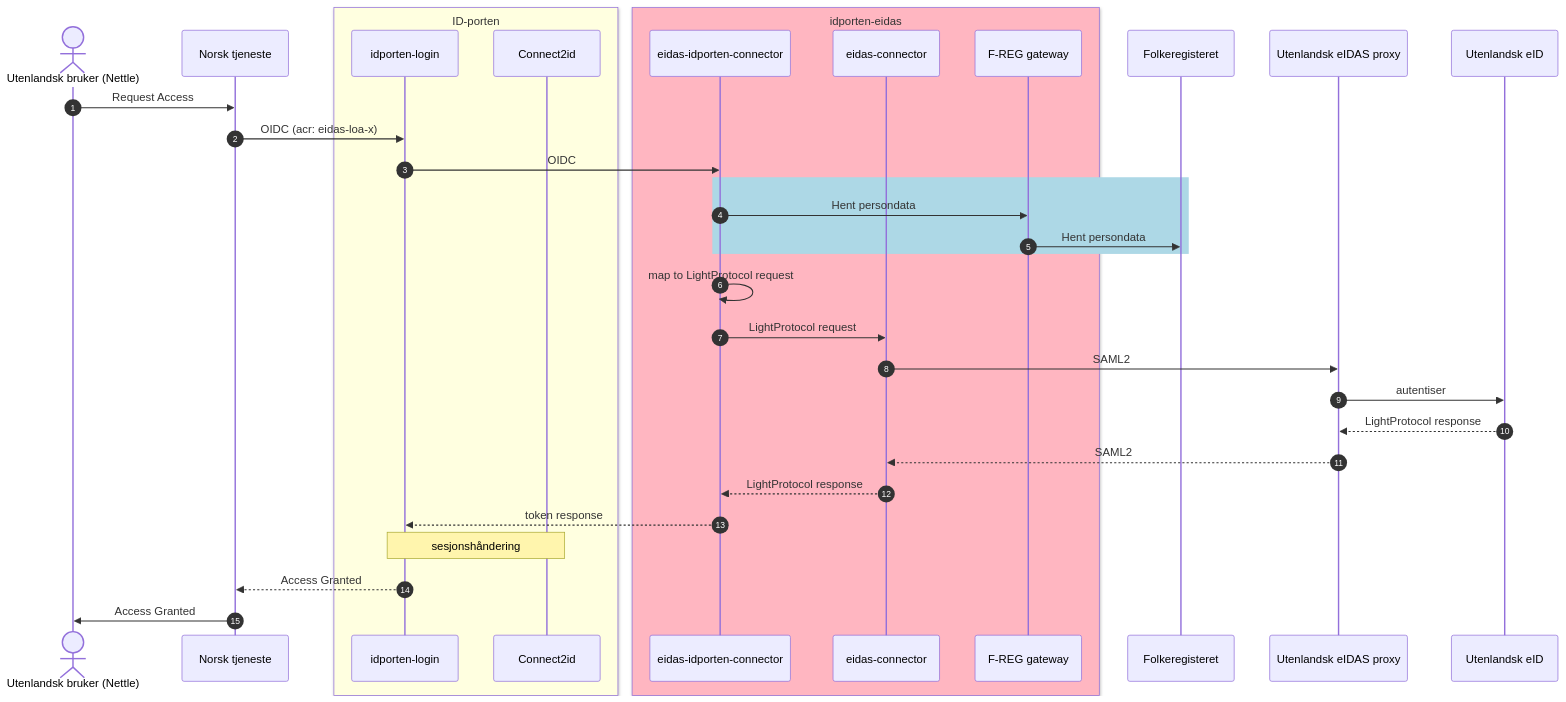
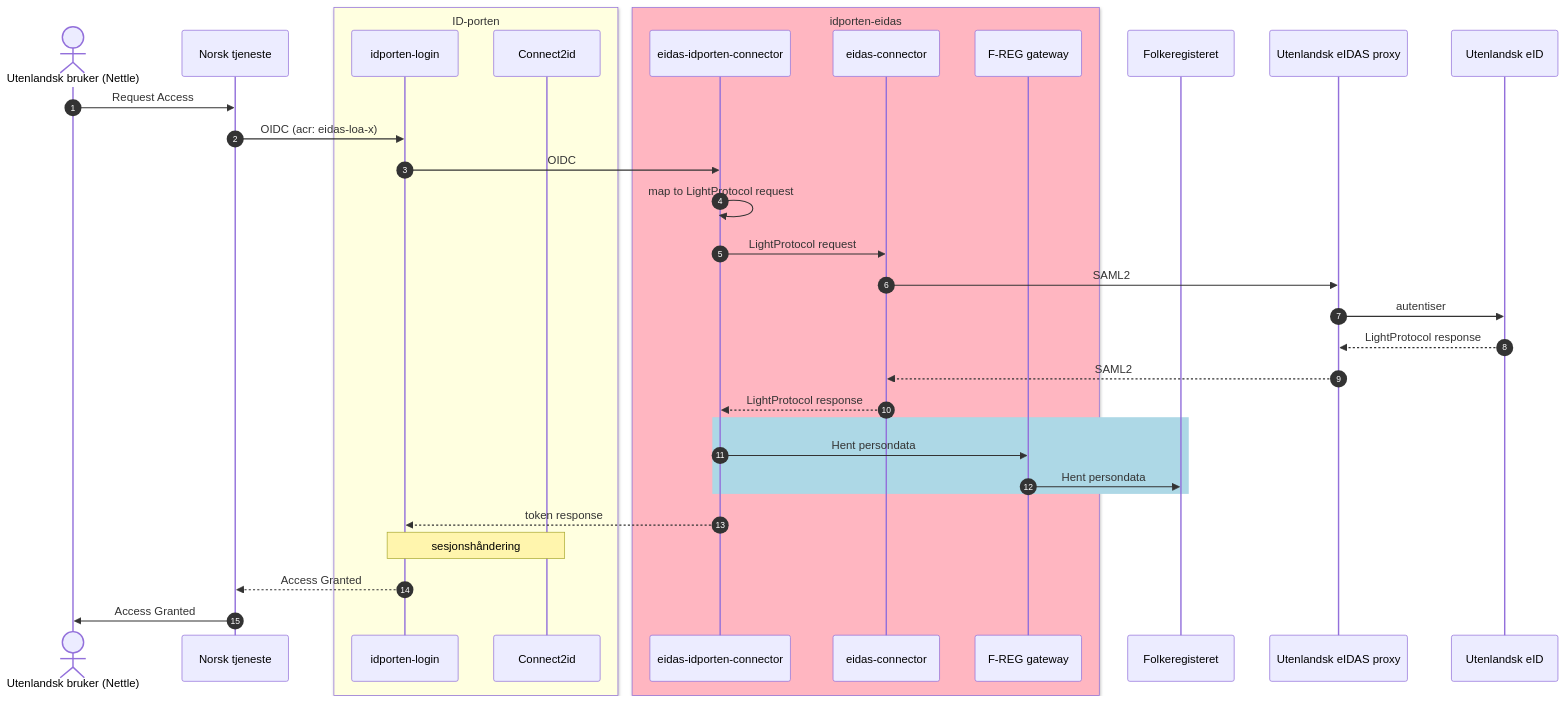
The second of 2 diagrams in README.md (felleslosninger/eidas-demo-countries), drawn with Mermaid before and after one commit.

Commit message:
fikse flytdiagram

````diff
--- a/README.md
+++ b/README.md
@@ -77,38 +77,38 @@
 ```mermaid  
 sequenceDiagram
 autonumber
     actor User as Utenlandsk bruker (Nettle)
     participant SP as Norsk tjeneste
     box lightyellow ID-porten
     participant IL as idporten-login
     participant C2ID as Connect2id
     end
     box lightpink idporten-eidas
         participant EL as eidas-idporten-connector
         participant NEC as eidas-connector
 
         participant FRGW as F-REG gateway
     end
     participant FR as Folkeregisteret
     participant UPS as Utenlandsk eIDAS proxy
     participant IDP as Utenlandsk eID
 
     User->>SP: Request Access
     SP->>IL: OIDC (acr: eidas-loa-x)
     IL->>EL: OIDC
-    rect lightblue
-    EL->>FRGW: Hent persondata
-    FRGW->>FR: Hent persondata
-    end
     EL->>EL: map to LightProtocol request
     EL->>NEC: LightProtocol request
     NEC->>UPS: SAML2
     UPS->>IDP: autentiser
     IDP-->> UPS: LightProtocol response
     UPS-->>NEC: SAML2
     NEC-->>EL: LightProtocol response
+    rect lightblue
+        EL->>FRGW: Hent persondata
+        FRGW->>FR: Hent persondata
+    end
     EL-->>IL: token response
     Note over IL,C2ID: sesjonshåndering
     IL-->>SP: Access Granted
     SP->>User: Access Granted
 ```    
````
